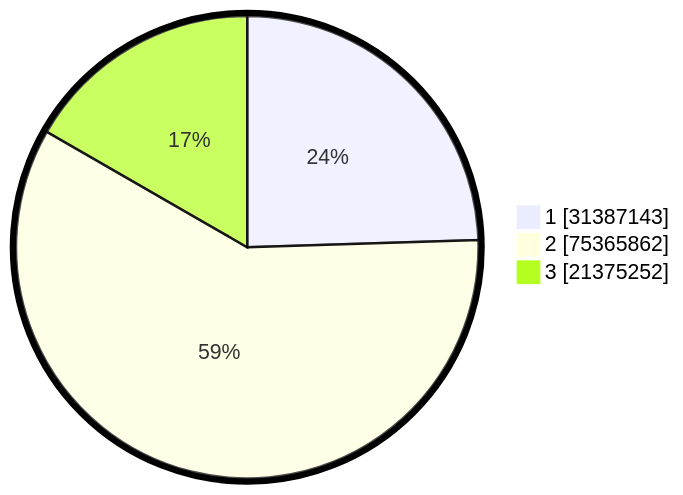
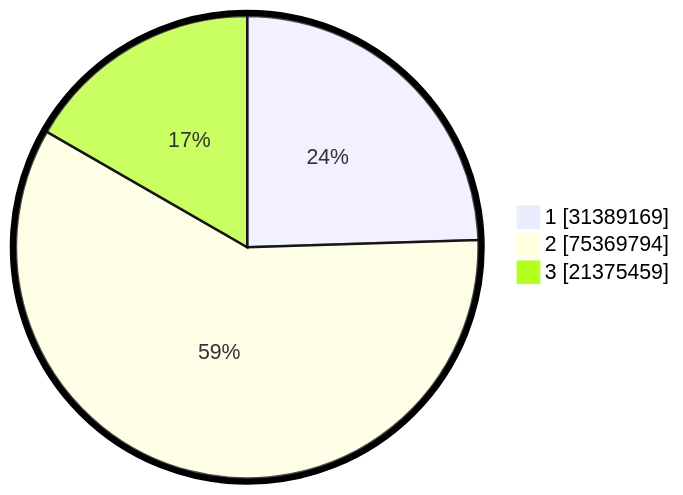
The second of 2 diagrams in pilpres/hitung-suara/README.md (gigit-pemilu/pemilu-2024), drawn with Mermaid before and after one commit. The commit also changed other lines of this file and 9 other files, not shown here.

````diff
--- a/pilpres/hitung-suara/README.md
+++ b/pilpres/hitung-suara/README.md
@@ -93,7 +93,7 @@
 ```mermaid
 %%{init: {"pie": {"textPosition": 0.5}, "themeVariables": {"pieOuterStrokeWidth": "5px"}} }%%
 pie showData
-    "1" : 31387143
-    "2" : 75365862
-    "3" : 21375252
+    "1" : 31389169
+    "2" : 75369794
+    "3" : 21375459
 ```
````
